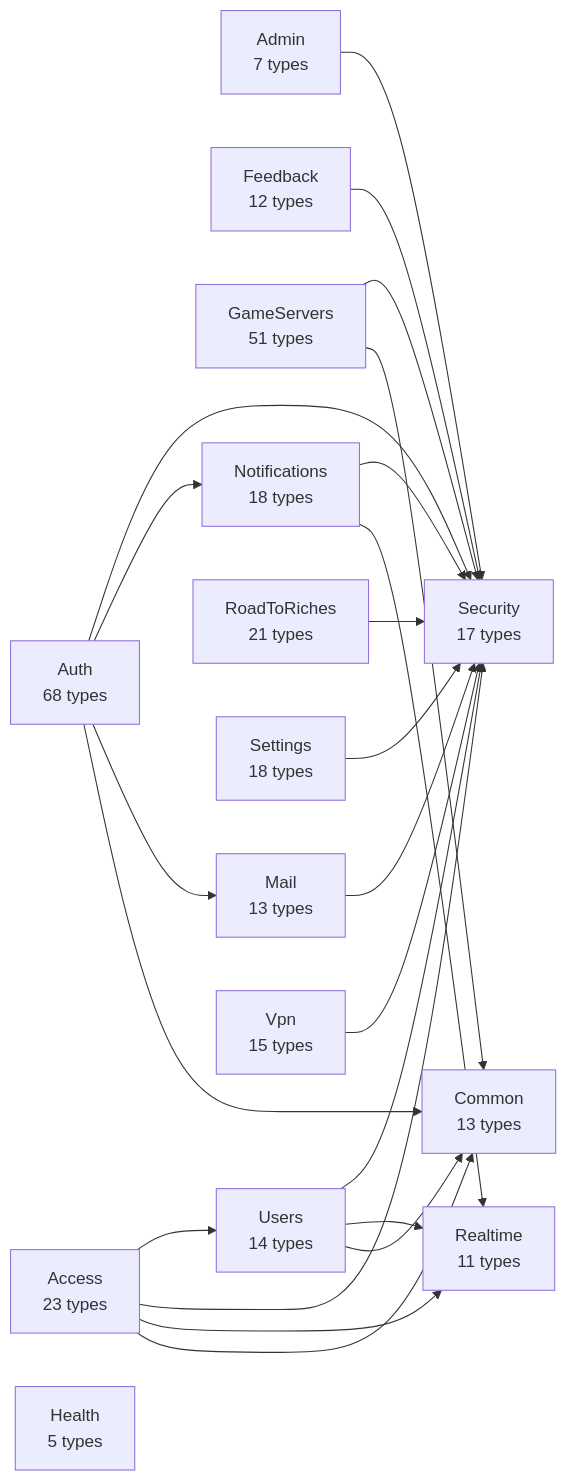
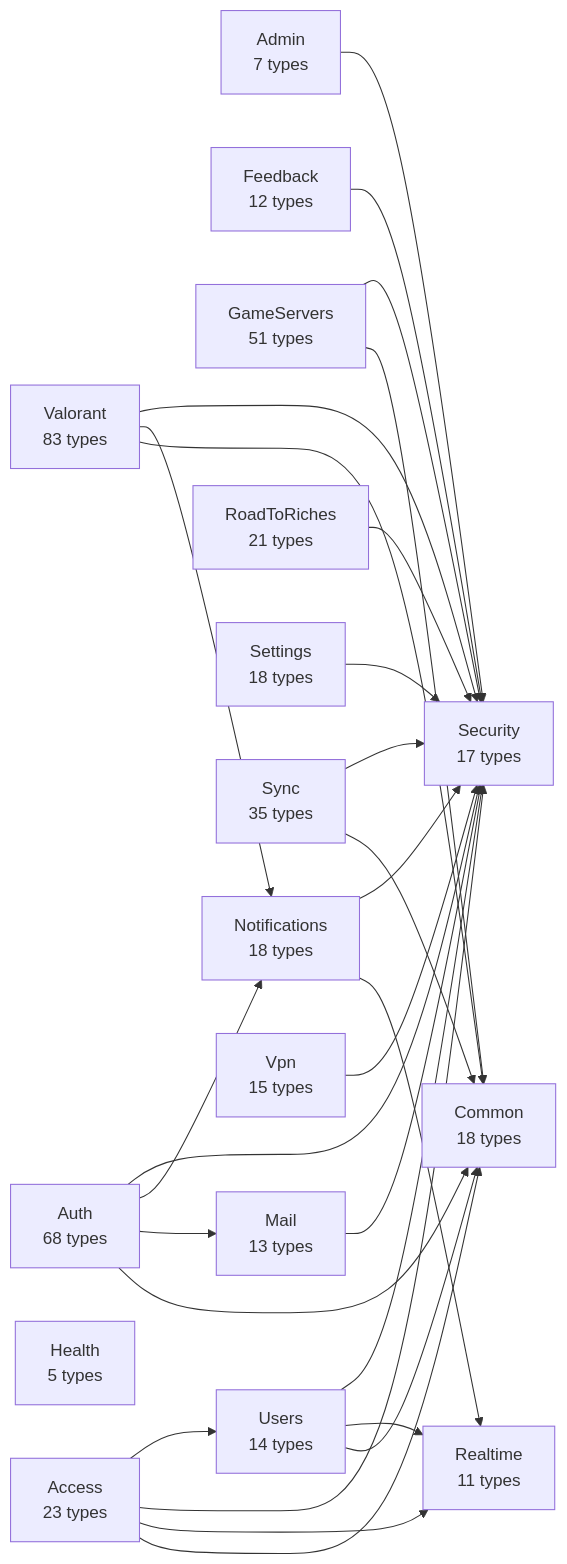
Before and after one commit to huiitre/Tools-app: the diagram in api/docs/diagrams/00-modules.md, drawn with Mermaid. The commit also changed 338 other files, not shown here.

````diff
--- a/api/docs/diagrams/00-modules.md
+++ b/api/docs/diagrams/00-modules.md
@@ -5,39 +5,46 @@
 ```mermaid
 flowchart LR
   Access["Access<br/>23 types"]
   Admin["Admin<br/>7 types"]
   Auth["Auth<br/>68 types"]
-  Common["Common<br/>13 types"]
+  Common["Common<br/>18 types"]
   Feedback["Feedback<br/>12 types"]
   GameServers["GameServers<br/>51 types"]
   Health["Health<br/>5 types"]
   Mail["Mail<br/>13 types"]
   Notifications["Notifications<br/>18 types"]
   Realtime["Realtime<br/>11 types"]
   RoadToRiches["RoadToRiches<br/>21 types"]
   Security["Security<br/>17 types"]
   Settings["Settings<br/>18 types"]
+  Sync["Sync<br/>35 types"]
   Users["Users<br/>14 types"]
+  Valorant["Valorant<br/>83 types"]
   Vpn["Vpn<br/>15 types"]
   Access --> Common
   Access --> Realtime
   Access --> Security
   Access --> Users
   Admin --> Security
   Auth --> Common
   Auth --> Mail
   Auth --> Notifications
   Auth --> Security
   Feedback --> Security
   GameServers --> Common
   GameServers --> Security
   Mail --> Security
   Notifications --> Realtime
   Notifications --> Security
   RoadToRiches --> Security
   Settings --> Security
+  Sync --> Common
+  Sync --> Security
   Users --> Common
   Users --> Realtime
   Users --> Security
+  Valorant --> Common
+  Valorant --> Notifications
+  Valorant --> Security
   Vpn --> Security
 ```
````
